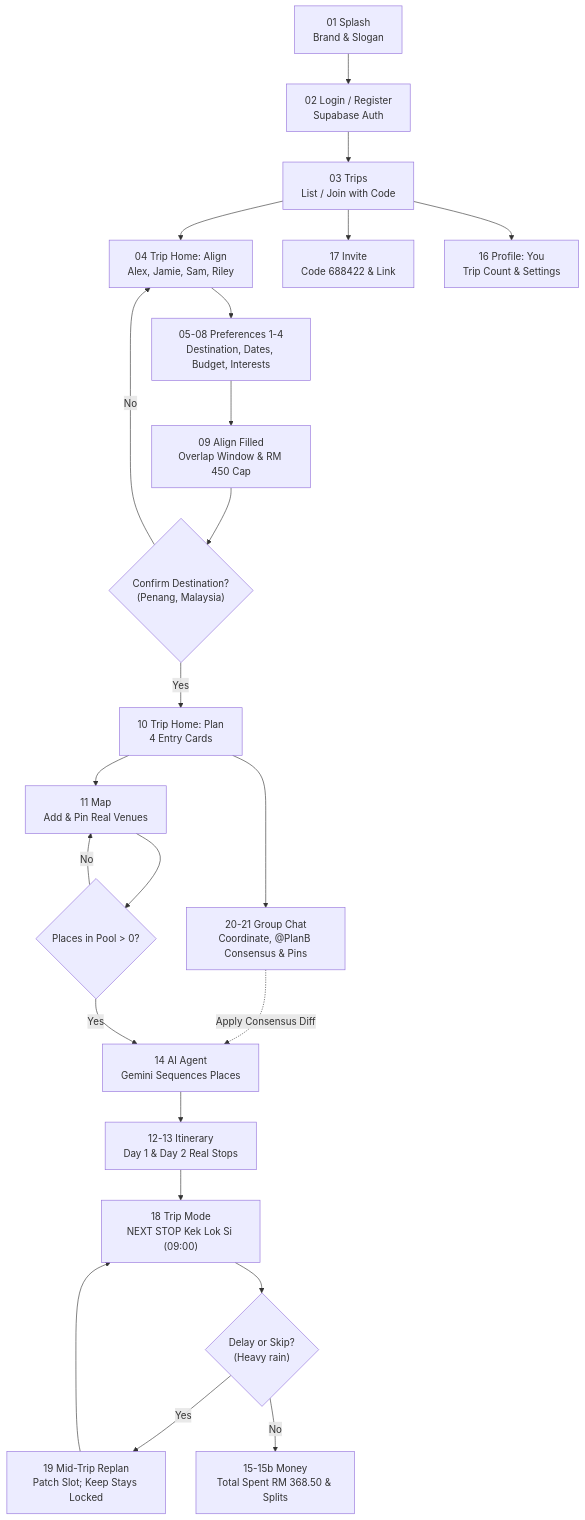
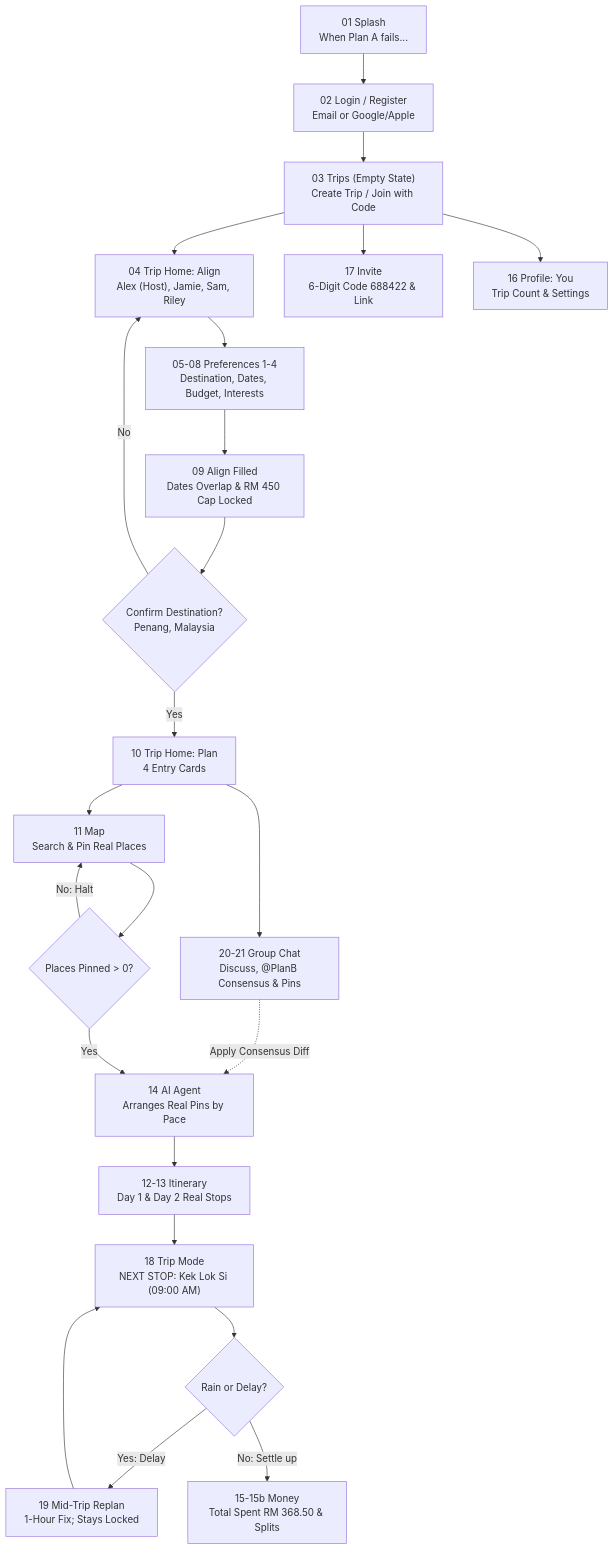
One commit to nlzce/We-are-the-champions_Plan-B changed diagram 11 of 14 in README.md. Above: the diagram before and after it, drawn with Mermaid. The commit also changed other lines of this file, not shown here.

Commit message:
docs: simplify diagrams and narrative into plain, human-readable user flows while preserving tech stack

````diff
--- a/README.md
+++ b/README.md
@@ -501,25 +346,25 @@
 ```mermaid
 flowchart TD
-  S01["01 Splash<br/>Brand & Slogan"] --> S02["02 Login / Register<br/>Supabase Auth"]
-  S02 --> S03["03 Trips<br/>List / Join with Code"]
-  S03 --> S04["04 Trip Home: Align<br/>Alex, Jamie, Sam, Riley"]
-  S03 --> S17["17 Invite<br/>Code 688422 & Link"]
+  S01["01 Splash<br/>When Plan A fails..."] --> S02["02 Login / Register<br/>Email or Google/Apple"]
+  S02 --> S03["03 Trips (Empty State)<br/>Create Trip / Join with Code"]
+  S03 --> S04["04 Trip Home: Align<br/>Alex (Host), Jamie, Sam, Riley"]
+  S03 --> S17["17 Invite<br/>6-Digit Code 688422 & Link"]
   S04 --> S05_08["05-08 Preferences 1-4<br/>Destination, Dates, Budget, Interests"]
-  S05_08 --> S09["09 Align Filled<br/>Overlap Window & RM 450 Cap"]
-  S09 --> DestCheck{"Confirm Destination?<br/>(Penang, Malaysia)"}
+  S05_08 --> S09["09 Align Filled<br/>Dates Overlap & RM 450 Cap Locked"]
+  S09 --> DestCheck{"Confirm Destination?<br/>Penang, Malaysia"}
   DestCheck -->|No| S04
   DestCheck -->|Yes| S10["10 Trip Home: Plan<br/>4 Entry Cards"]
-  S10 --> S11["11 Map<br/>Add & Pin Real Venues"]
-  S10 --> S20_21["20-21 Group Chat<br/>Coordinate, @PlanB Consensus & Pins"]
+  S10 --> S11["11 Map<br/>Search & Pin Real Places"]
+  S10 --> S20_21["20-21 Group Chat<br/>Discuss, @PlanB Consensus & Pins"]
   S20_21 -.->|Apply Consensus Diff| S14
-  S11 --> PlaceCheck{"Places in Pool > 0?"}
-  PlaceCheck -->|No| S11
-  PlaceCheck -->|Yes| S14["14 AI Agent<br/>Gemini Sequences Places"]
+  S11 --> PlaceCheck{"Places Pinned > 0?"}
+  PlaceCheck -->|No: Halt| S11
+  PlaceCheck -->|Yes| S14["14 AI Agent<br/>Arranges Real Pins by Pace"]
   S14 --> S12_13["12-13 Itinerary<br/>Day 1 & Day 2 Real Stops"]
-  S12_13 --> S18["18 Trip Mode<br/>NEXT STOP Kek Lok Si (09:00)"]
-  S18 --> DisCheck{"Delay or Skip?<br/>(Heavy rain)"}
-  DisCheck -->|Yes| S19["19 Mid-Trip Replan<br/>Patch Slot; Keep Stays Locked"]
+  S12_13 --> S18["18 Trip Mode<br/>NEXT STOP: Kek Lok Si (09:00 AM)"]
+  S18 --> DisCheck{"Rain or Delay?"}
+  DisCheck -->|Yes: Delay| S19["19 Mid-Trip Replan<br/>1-Hour Fix; Stays Locked"]
   S19 --> S18
-  DisCheck -->|No| S15["15-15b Money<br/>Total Spent RM 368.50 & Splits"]
+  DisCheck -->|No: Settle up| S15["15-15b Money<br/>Total Spent RM 368.50 & Splits"]
   S03 --> S16["16 Profile: You<br/>Trip Count & Settings"]
 ```
````
